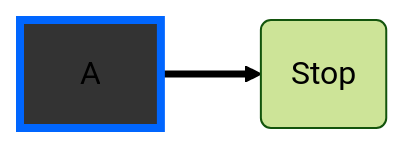
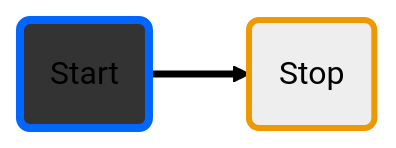
The third of 3 diagrams in Documentation/diagram_with_mermaid.md (PanGalacticTech/ISOpower), drawn with Mermaid (forest theme) before and after one commit.

````diff
--- a/Documentation/diagram_with_mermaid.md
+++ b/Documentation/diagram_with_mermaid.md
@@ -46,8 +46,9 @@
 ```mermaid
 graph LR
 %% This is a comment 
-A:::darkBlue ==>B(Stop);
+A(Start):::darkBlue ==>B(Stop):::brightOrange;
 
 classDef darkBlue fill:#333,stroke:#06f,stroke-width:4px;
+classDef brightOrange fill:#eee,stroke:#e90,stroke-width:3px;
 %%class nodeId1, nodeId2 darkBlue;
 ```
````
